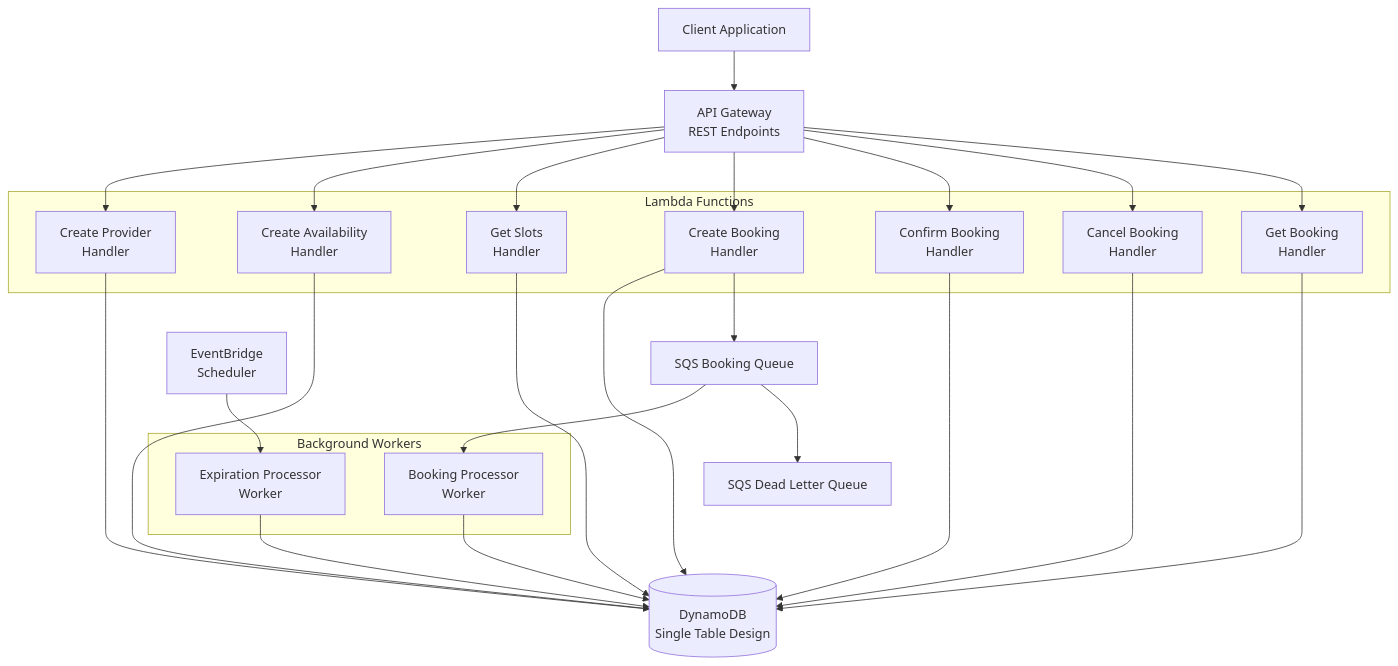
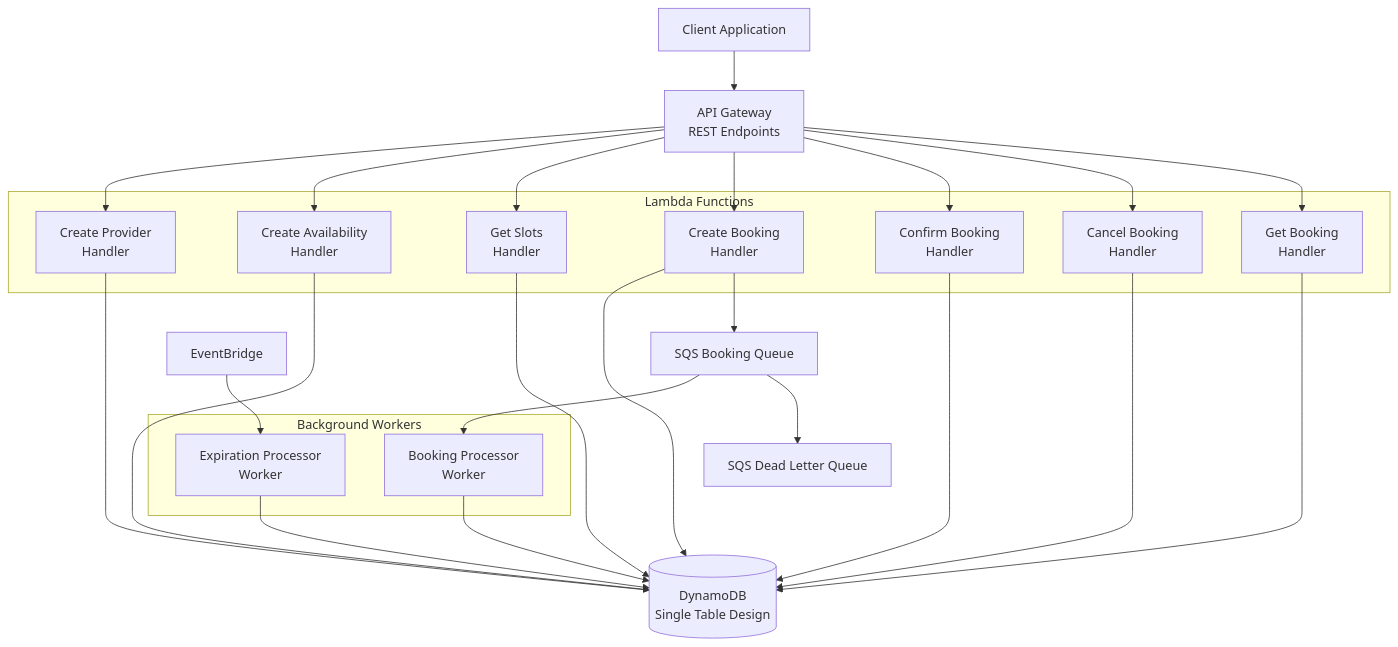
Before and after one commit to SrideviMR/AppointmentBooking: the first of 7 diagrams in system-flow-diagram.md, drawn with Mermaid.

Commit message:
flow diagram

````diff
--- a/system-flow-diagram.md
+++ b/system-flow-diagram.md
@@ -5,62 +5,61 @@
 ```mermaid
 graph TB
     %% External Layer
     Client[Client Application]
     
     %% API Gateway Layer
     API[API Gateway<br/>REST Endpoints]
     
     %% Lambda Functions Layer
     subgraph "Lambda Functions"
         CreateProvider[Create Provider<br/>Handler]
         CreateAvail[Create Availability<br/>Handler]
         GetSlots[Get Slots<br/>Handler]
         CreateBooking[Create Booking<br/>Handler]
         ConfirmBooking[Confirm Booking<br/>Handler]
         CancelBooking[Cancel Booking<br/>Handler]
         GetBooking[Get Booking<br/>Handler]
     end
     
     %% Worker Layer
     subgraph "Background Workers"
         BookingWorker[Booking Processor<br/>Worker]
         ExpirationWorker[Expiration Processor<br/>Worker]
     end
     
     %% Queue Layer
     BookingQueue[SQS Booking Queue]
     BookingDLQ[SQS Dead Letter Queue]
     
     %% Data Layer
     DynamoDB[(DynamoDB<br/>Single Table Design)]
     
-    %% Scheduler
-    EventBridge[EventBridge<br/>Scheduler]
+ 
     
     %% Connections
     Client --> API
     
     API --> CreateProvider
     API --> CreateAvail
     API --> GetSlots
     API --> CreateBooking
     API --> ConfirmBooking
     API --> CancelBooking
     API --> GetBooking
     
     CreateProvider --> DynamoDB
     CreateAvail --> DynamoDB
     GetSlots --> DynamoDB
     CreateBooking --> DynamoDB
     CreateBooking --> BookingQueue
     ConfirmBooking --> DynamoDB
     CancelBooking --> DynamoDB
     GetBooking --> DynamoDB
     
     BookingQueue --> BookingWorker
     BookingQueue --> BookingDLQ
     BookingWorker --> DynamoDB
     
     EventBridge --> ExpirationWorker
     ExpirationWorker --> DynamoDB
 ```
````
